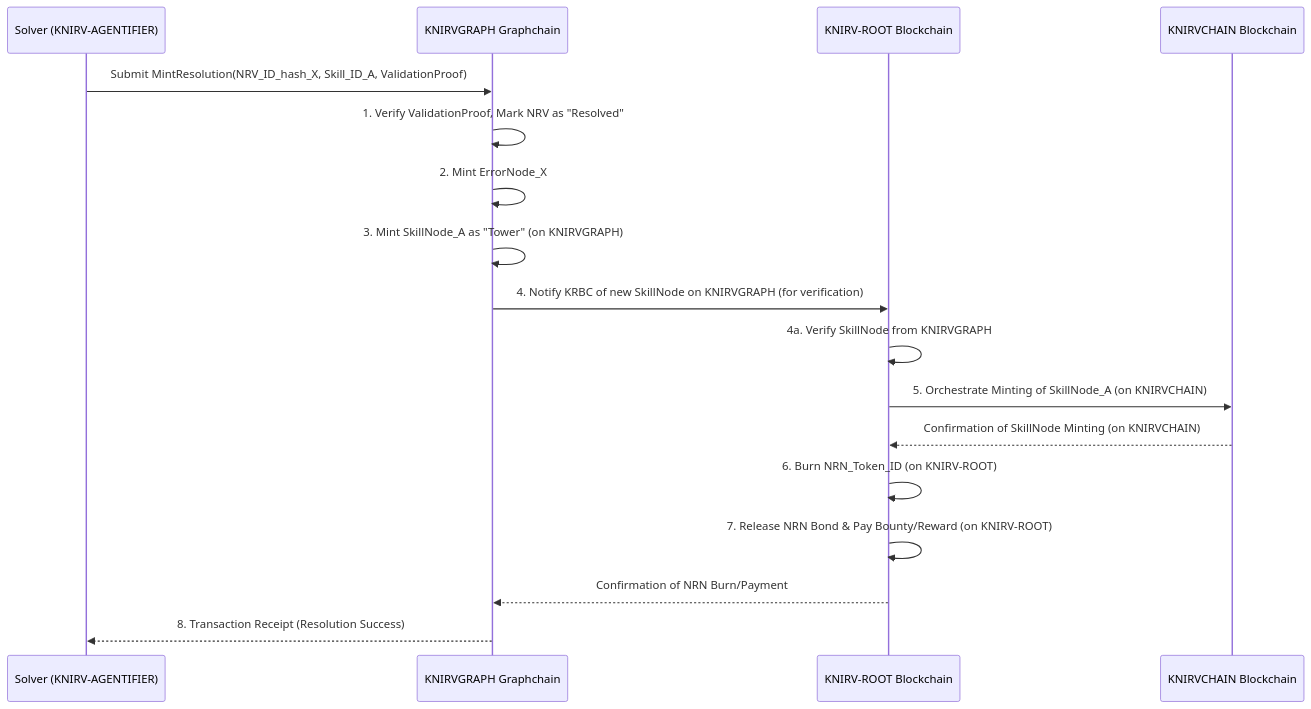
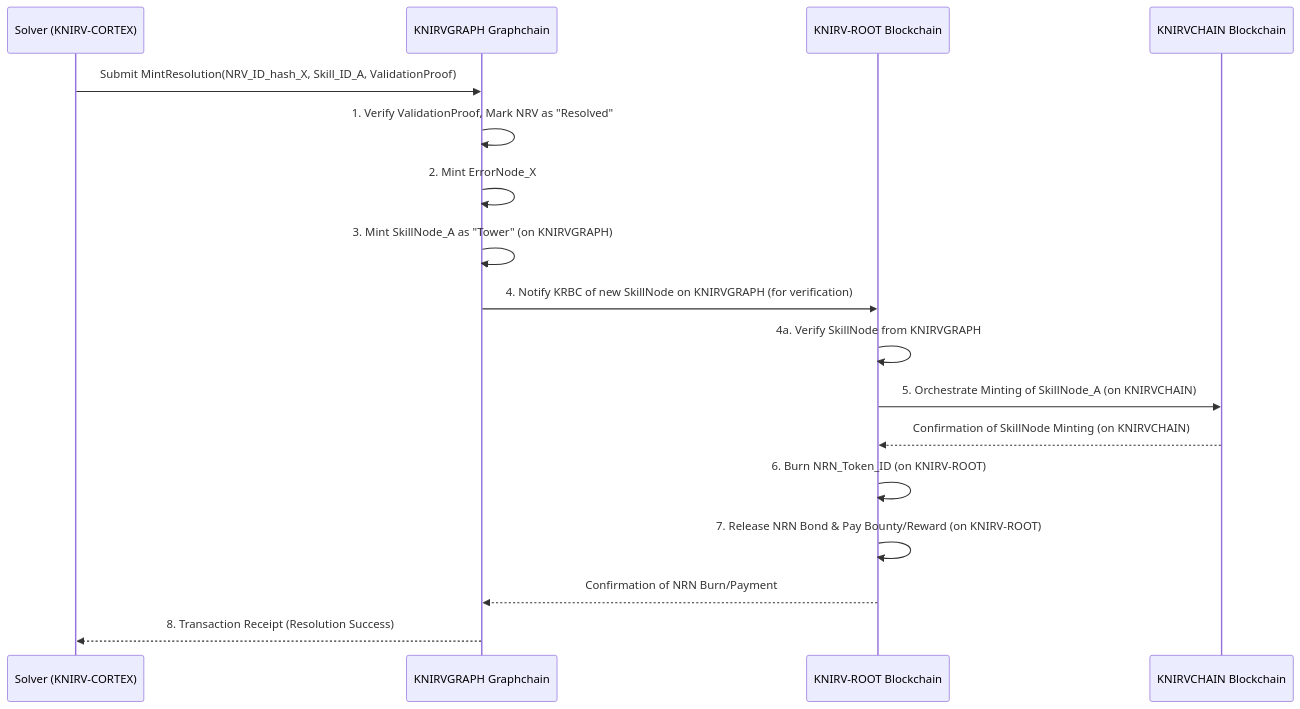
One commit to guiperry/KNIRV_NETWORK changed the fifth of 9 diagrams in KNIRVGATEWAY/documentation/docsify/whitepapers/KNIRVGRAPH_Whitepaper.md. Above: the diagram before and after it, drawn with Mermaid. The commit also changed other lines of this file and 441 other files, not shown here.

````diff
--- a/KNIRVGATEWAY/documentation/docsify/whitepapers/KNIRVGRAPH_Whitepaper.md
+++ b/KNIRVGATEWAY/documentation/docsify/whitepapers/KNIRVGRAPH_Whitepaper.md
@@ -287,25 +287,25 @@
 ```mermaid
 sequenceDiagram
-    participant Solver as Solver (KNIRV-AGENTIFIER)
+    participant Solver as Solver (KNIRV-CORTEX)
     participant KGBC as KNIRVGRAPH Graphchain
     participant KRBC as KNIRV-ROOT Blockchain
     participant KCC as KNIRVCHAIN Blockchain
     
     Solver->>KGBC: Submit MintResolution(NRV_ID_hash_X, Skill_ID_A, ValidationProof)
     
     KGBC->>KGBC: 1. Verify ValidationProof, Mark NRV as "Resolved"
     KGBC->>KGBC: 2. Mint ErrorNode_X
     KGBC->>KGBC: 3. Mint SkillNode_A as "Tower" (on KNIRVGRAPH)
     
     KGBC->>KRBC: 4. Notify KRBC of new SkillNode on KNIRVGRAPH (for verification)
     KRBC->>KRBC: 4a. Verify SkillNode from KNIRVGRAPH
     
     KRBC->>KCC: 5. Orchestrate Minting of SkillNode_A (on KNIRVCHAIN)
     KCC-->>KRBC: Confirmation of SkillNode Minting (on KNIRVCHAIN)
     
     KRBC->>KRBC: 6. Burn NRN_Token_ID (on KNIRV-ROOT)
     KRBC->>KRBC: 7. Release NRN Bond & Pay Bounty/Reward (on KNIRV-ROOT)
     
     KRBC-->>KGBC: Confirmation of NRN Burn/Payment
     KGBC-->>Solver: 8. Transaction Receipt (Resolution Success)
 ```
````
